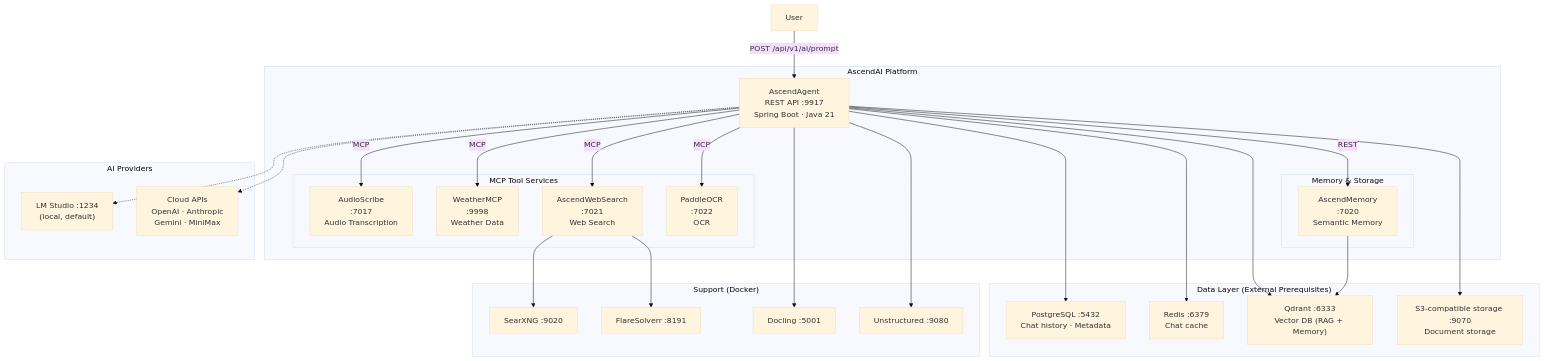
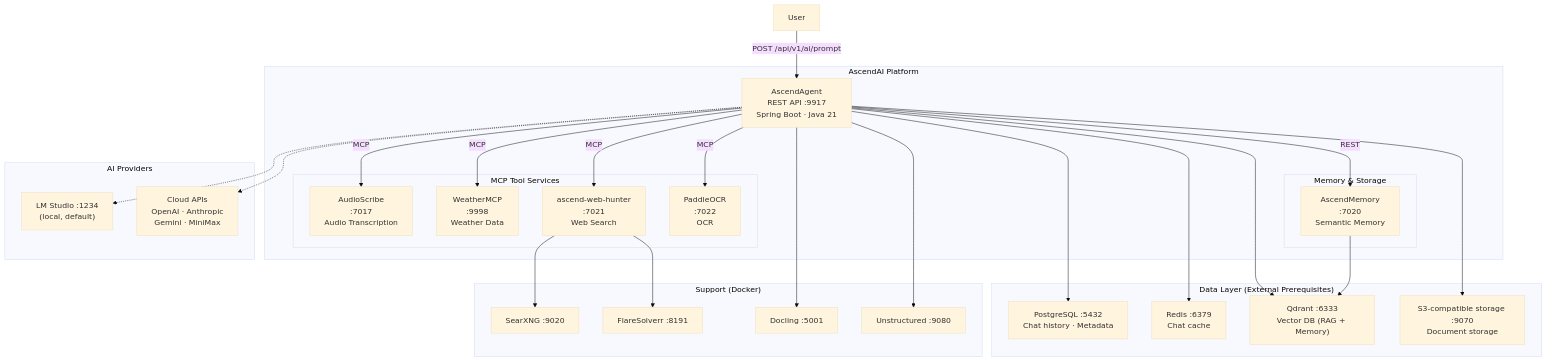
One commit to Lukk17/AscendAI changed the diagram in docs/architecture/diagrams/system-overview.md. Above: the diagram before and after it, drawn with Mermaid (base theme). The commit also changed other lines of this file and 422 other files, not shown here.

````diff
--- a/docs/architecture/diagrams/system-overview.md
+++ b/docs/architecture/diagrams/system-overview.md
@@ -3,60 +3,60 @@
 ```mermaid
 graph TB
     User["User"]
 
     subgraph "AscendAI Platform"
         Agent["AscendAgent<br/>REST API :9917<br/>Spring Boot · Java 21"]
 
         subgraph "MCP Tool Services"
             AudioScribe["AudioScribe<br/>:7017<br/>Audio Transcription"]
             Weather["WeatherMCP<br/>:9998<br/>Weather Data"]
-            WebSearch["AscendWebSearch<br/>:7021<br/>Web Search"]
+            WebHunter["ascend-web-hunter<br/>:7021<br/>Web Search"]
             PaddleOCR["PaddleOCR<br/>:7022<br/>OCR"]
         end
 
         subgraph "Memory & Storage"
             Memory["AscendMemory<br/>:7020<br/>Semantic Memory"]
         end
     end
 
     subgraph "AI Providers"
         Local["LM Studio :1234<br/>(local, default)"]
         Cloud["Cloud APIs<br/>OpenAI · Anthropic<br/>Gemini · MiniMax"]
     end
 
     subgraph "Data Layer (External Prerequisites)"
         PG["PostgreSQL :5432<br/>Chat history · Metadata"]
         RD["Redis :6379<br/>Chat cache"]
         QD["Qdrant :6333<br/>Vector DB (RAG + Memory)"]
         S3["S3-compatible storage :9070<br/>Document storage"]
     end
 
     subgraph "Support (Docker)"
         SX["SearXNG :9020"]
         FS["FlareSolverr :8191"]
         DL["Docling :5001"]
         UN["Unstructured :9080"]
     end
 
     User -->|"POST /api/v1/ai/prompt"| Agent
 
     Agent -->|"MCP"| AudioScribe
     Agent -->|"MCP"| Weather
-    Agent -->|"MCP"| WebSearch
+    Agent -->|"MCP"| WebHunter
     Agent -->|"MCP"| PaddleOCR
     Agent -->|"REST"| Memory
 
     Agent -.-> Local
     Agent -.-> Cloud
 
     Agent --> PG
     Agent --> RD
     Agent --> QD
     Agent --> S3
     Agent --> DL
     Agent --> UN
 
-    WebSearch --> SX
-    WebSearch --> FS
+    WebHunter --> SX
+    WebHunter --> FS
     Memory --> QD
 ```
````
